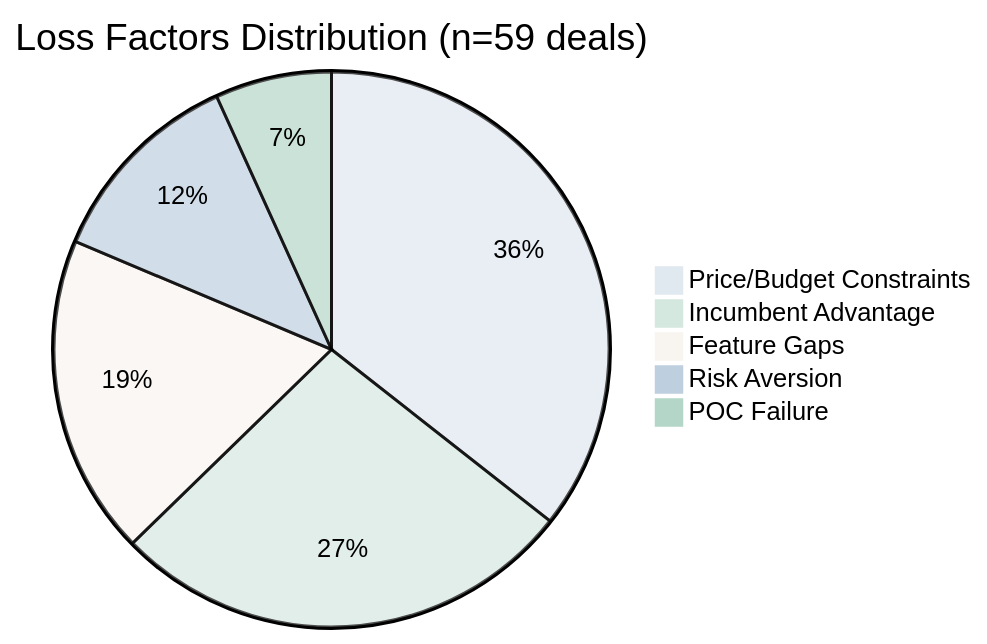
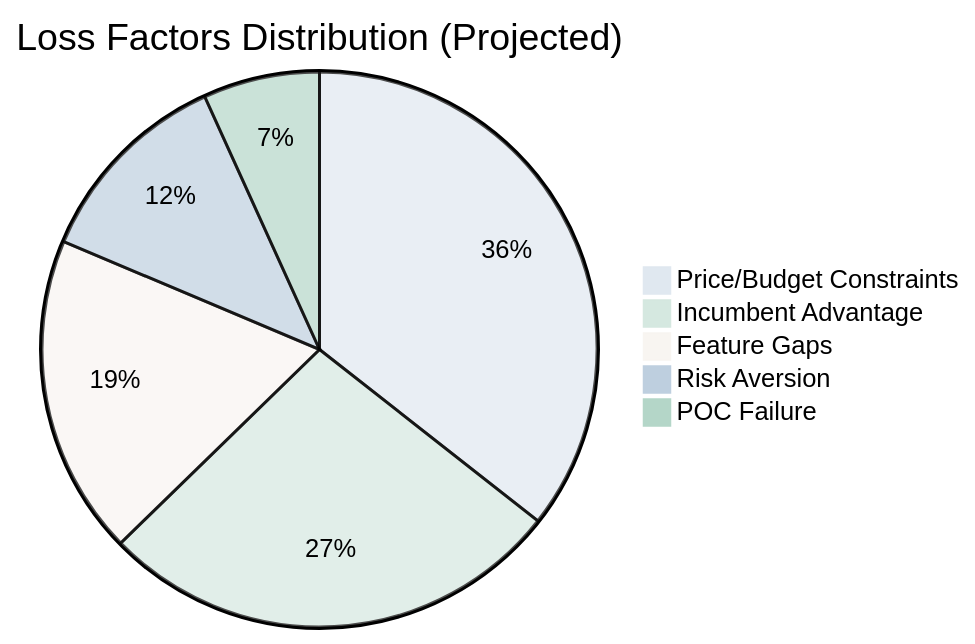
One commit to o2alexanderfedin/AI-Hive-Business-Docs changed the fourth of 7 diagrams in business-documents/competitive-positioning/08-win-loss-analysis.md. Above: the diagram before and after it, drawn with Mermaid. The commit also changed other lines of this file and 1 other file, not shown here.

````diff
--- a/business-documents/competitive-positioning/08-win-loss-analysis.md
+++ b/business-documents/competitive-positioning/08-win-loss-analysis.md
@@ -230,30 +226,30 @@
 ```mermaid
 %%{init: {
   'theme': 'base',
   'themeVariables': {
     'primaryColor': '#E0E8F0',
     'primaryTextColor': '#000000',
     'primaryBorderColor': '#B0C5D8',
     'lineColor': '#B0C5D8',
     'secondaryColor': '#D5E8E0',
     'background': '#FFFFFF',
     'mainBkg': '#F8F8F8',
     'secondBkg': '#F0F0F0',
     'darkMode': false,
     'fontFamily': 'Arial, sans-serif',
     'fontSize': '14px',
     'textColor': '#000000',
     'nodeBkg': '#F5F5F5',
     'nodeBorder': '#B0C5D8',
     'clusterBkg': '#FAFAFA',
     'clusterBorder': '#B0C5D8',
     'defaultLinkColor': '#B0C5D8'
   }
 }}%%
-pie title Loss Factors Distribution (n=59 deals)
+pie title Loss Factors Distribution (Projected)
     "Price/Budget Constraints" : 21
     "Incumbent Advantage" : 16
     "Feature Gaps" : 11
     "Risk Aversion" : 7
     "POC Failure" : 4
 ```
````
